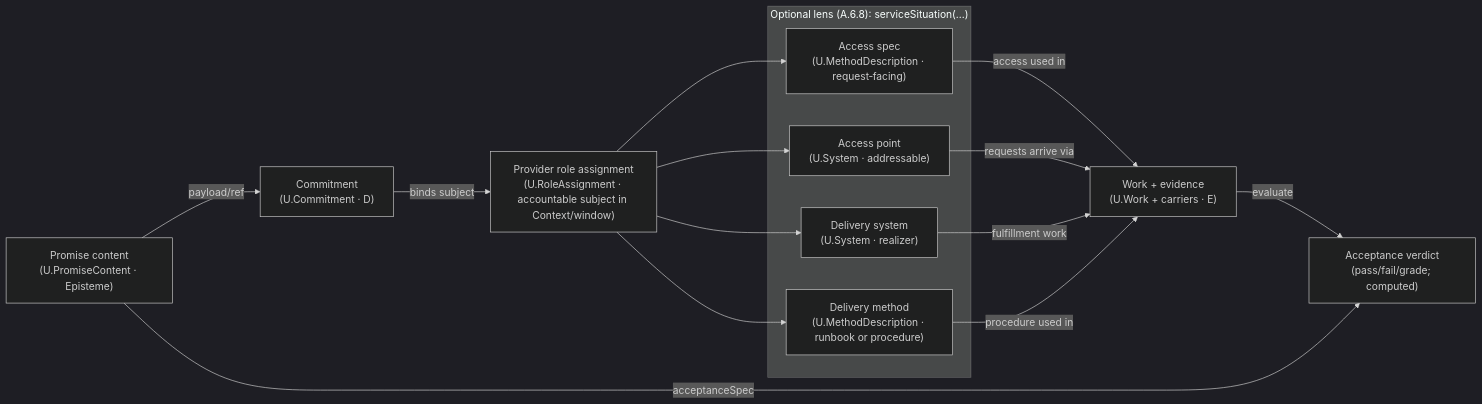
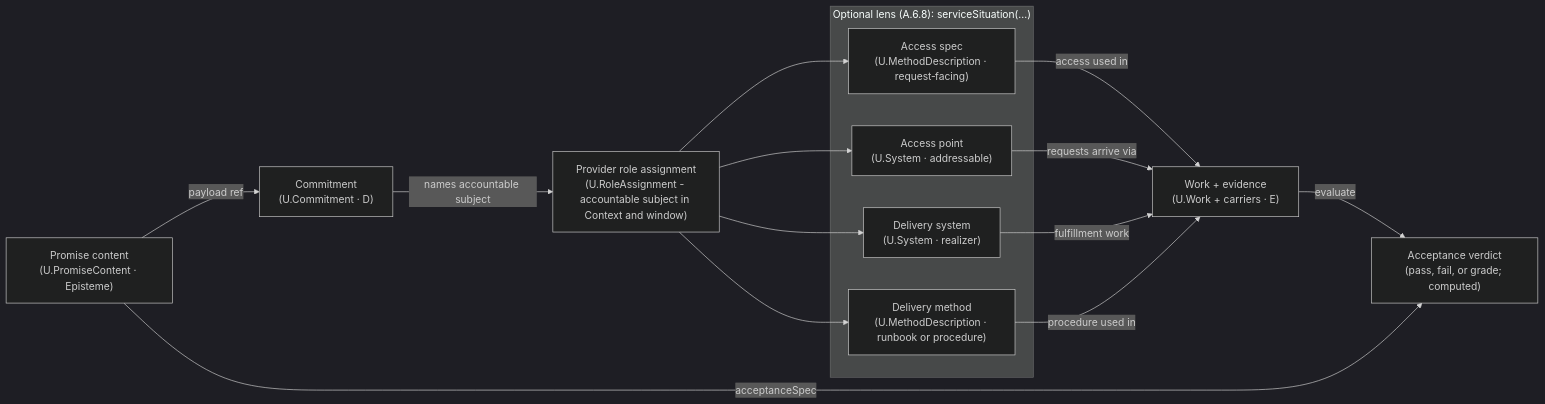
One commit to ansea09/fpf-spec-mirror changed the diagram in fpf_chunks/by_pattern/A.2.3.md. Above: the diagram before and after it, drawn with Mermaid (dark theme). The commit also changed other lines of this file and 4783 other files, not shown here.

````diff
--- a/fpf_chunks/by_pattern/A.2.3.md
+++ b/fpf_chunks/by_pattern/A.2.3.md
@@ -271,32 +276,32 @@
 ```mermaid
 flowchart LR
   SC["Promise content<br/>(U.PromiseContent · Episteme)"]
   C["Commitment<br/>(U.Commitment · D)"]
-  RA["Provider role assignment<br/>(U.RoleAssignment · accountable subject in Context/window)"]
+  RA["Provider role assignment<br/>(U.RoleAssignment - accountable subject in Context and window)"]
 
   subgraph LENS["Optional lens (A.6.8): serviceSituation(...)"]
     AS["Access spec<br/>(U.MethodDescription · request‑facing)"]
     AP["Access point<br/>(U.System · addressable)"]
     DS["Delivery system<br/>(U.System · realizer)"]
     DM["Delivery method<br/>(U.MethodDescription · runbook or procedure)"]
   end
 
   W["Work + evidence<br/>(U.Work + carriers · E)"]
-  V["Acceptance verdict<br/>(pass/fail/grade; computed)"]
+  V["Acceptance verdict<br/>(pass, fail, or grade; computed)"]
 
-  SC -->|"payload/ref"| C
-  C -->|"binds subject"| RA
+  SC -->|"payload ref"| C
+  C -->|"names accountable subject"| RA
 
   RA --> AS
   RA --> AP
   RA --> DS
   RA --> DM
 
   AS -->|"access used in"| W
   AP -->|"requests arrive via"| W
   DS -->|"fulfillment work"| W
   DM -->|"procedure used in"| W
 
   W -->|"evaluate"| V
   SC -->|"acceptanceSpec"| V
 ```
````
